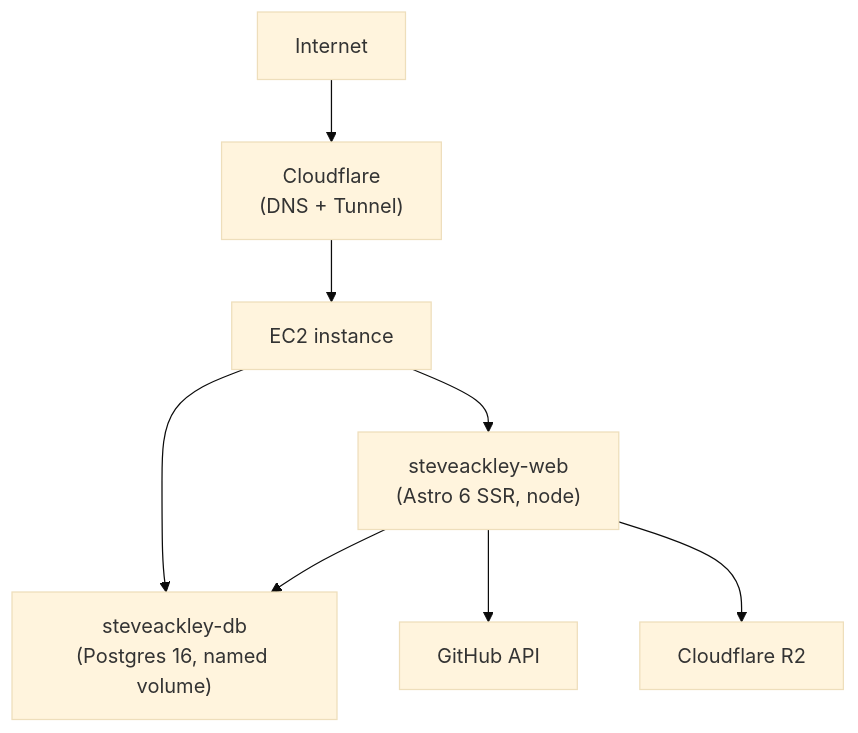
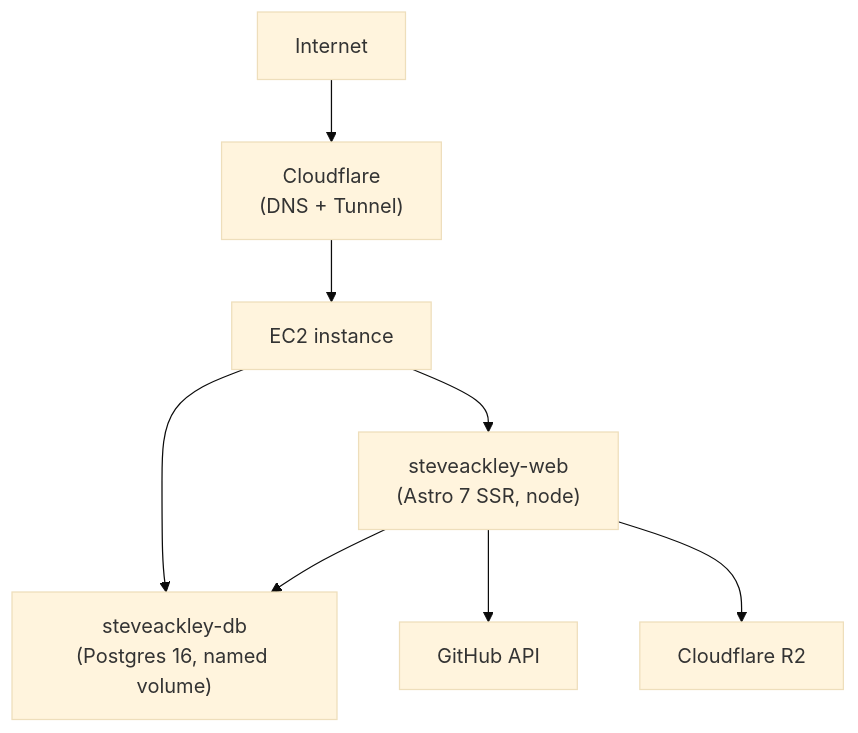
One commit to stevenfackley/steveackley-website changed the diagram in docs/DEPLOYMENT_ARCHITECTURE.md. Above: the diagram before and after it, drawn with Mermaid (base theme). The commit also changed 122 other files, not shown here.

````diff
--- a/docs/DEPLOYMENT_ARCHITECTURE.md
+++ b/docs/DEPLOYMENT_ARCHITECTURE.md
@@ -5,10 +5,10 @@
 ```mermaid
 flowchart TB
     internet["Internet"] --> cf["Cloudflare<br/>(DNS + Tunnel)"]
     cf --> ec2["EC2 instance"]
-    ec2 --> web["steveackley-web<br/>(Astro 6 SSR, node)"]
+    ec2 --> web["steveackley-web<br/>(Astro 7 SSR, node)"]
     ec2 --> db["steveackley-db<br/>(Postgres 16, named volume)"]
     web --> db
     web --> github["GitHub API"]
     web --> r2["Cloudflare R2"]
 ```
````
